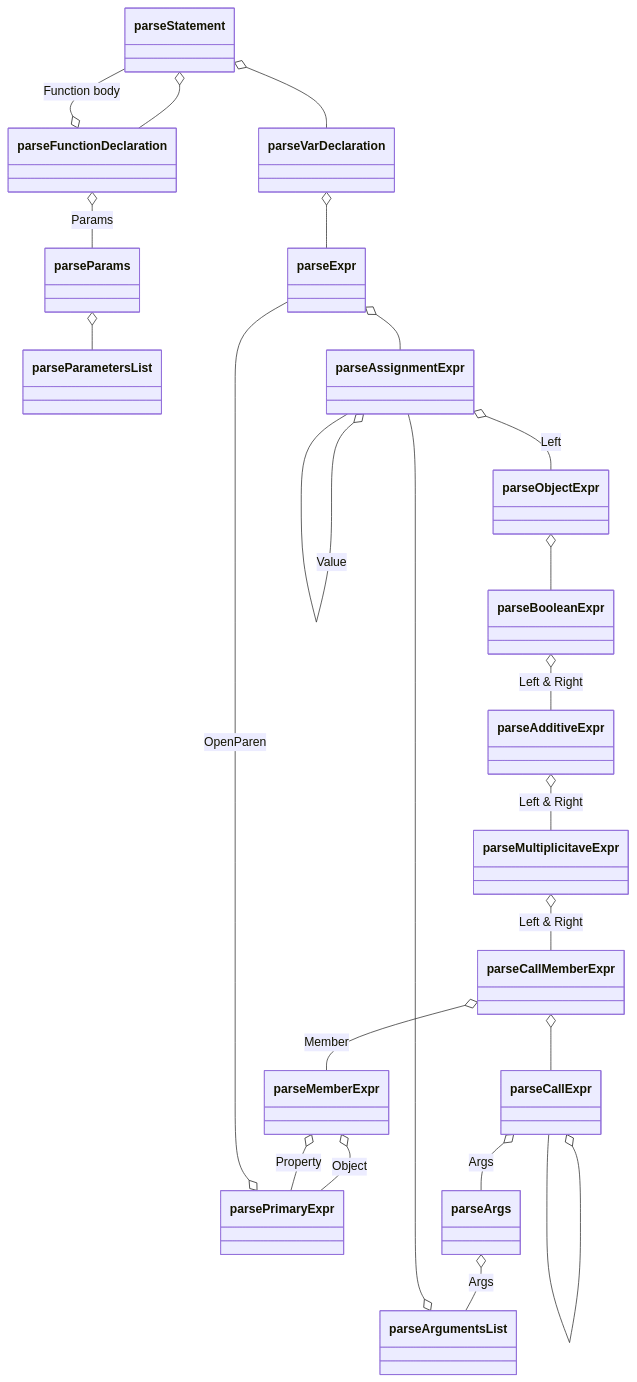
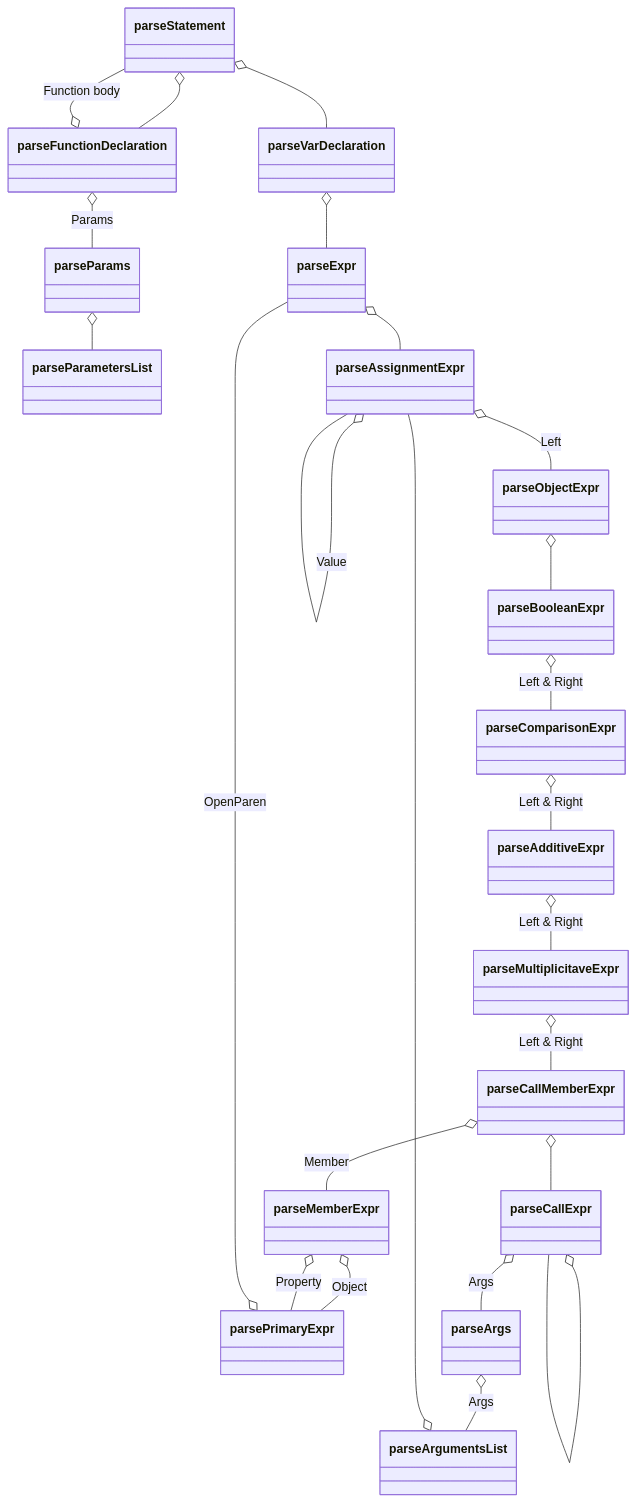
Before and after one commit to MasterZydra/ScriLa: the diagram in doc/Parser.md, drawn with Mermaid. The commit also changed 6 other files, not shown here.

````diff
--- a/doc/Parser.md
+++ b/doc/Parser.md
@@ -5,29 +5,30 @@
 ```mermaid
 classDiagram
   parseStatement o-- parseFunctionDeclaration
   parseFunctionDeclaration o-- parseParams : Params
   parseFunctionDeclaration o-- parseStatement : Function body
   parseParams o-- parseParametersList
 
   parseStatement o-- parseVarDeclaration
   parseVarDeclaration o-- parseExpr
   parseExpr o-- parseAssignmentExpr
   parseAssignmentExpr o-- parseAssignmentExpr : Value
   parseAssignmentExpr o-- parseObjectExpr : Left
   parseObjectExpr o-- parseBooleanExpr
-  parseBooleanExpr o-- parseAdditiveExpr : Left & Right
+  parseBooleanExpr o-- parseComparisonExpr : Left & Right
+  parseComparisonExpr o--parseAdditiveExpr : Left & Right
   parseAdditiveExpr o-- parseMultiplicitaveExpr : Left & Right
   parseMultiplicitaveExpr o-- parseCallMemberExpr : Left & Right
 
   parseCallMemberExpr o-- parseMemberExpr : Member
   parseMemberExpr o-- parsePrimaryExpr : Object
   parseMemberExpr o-- parsePrimaryExpr : Property
   parsePrimaryExpr o-- parseExpr : OpenParen
 
   parseCallMemberExpr o-- parseCallExpr
   parseCallExpr o-- parseArgs : Args
   parseCallExpr o-- parseCallExpr
   parseArgs o-- parseArgumentsList : Args
   parseArgumentsList o-- parseAssignmentExpr
   
 ```
````
